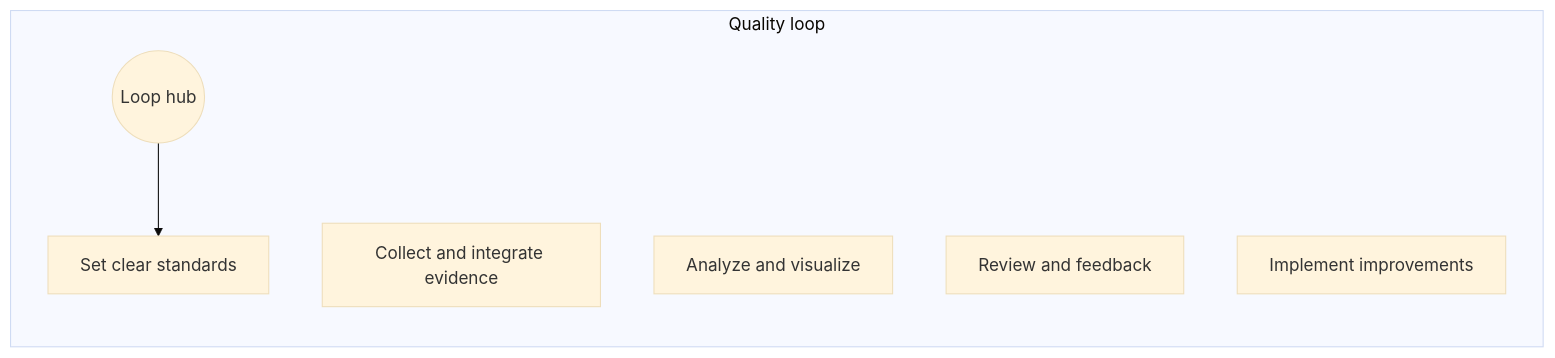
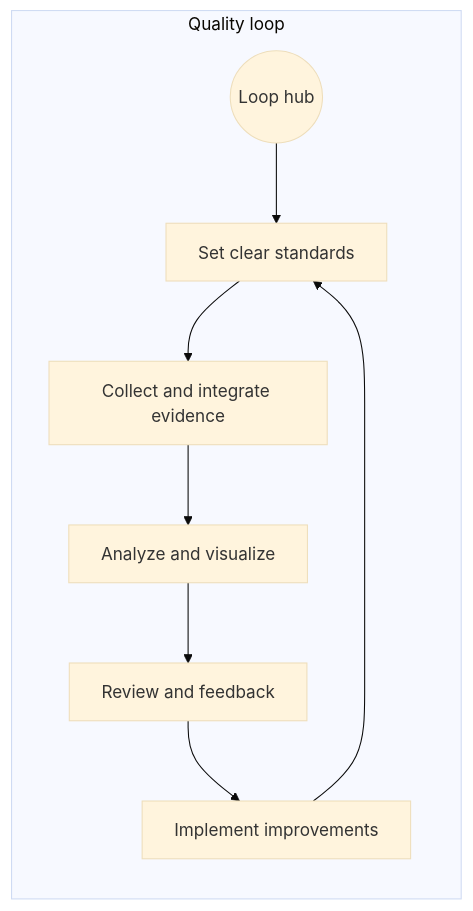
The diagram in index.md (arshah18/arshah18.github.io), drawn with Mermaid (base theme) before and after one commit.

Commit message:
Work flow test2; ensure Mermaid loads

```diff
--- a/index.md
+++ b/index.md
@@ -76,13 +76,14 @@
 <div class="mermaid">
 flowchart TD
   subgraph Q["Quality loop"]
     direction TB
     Q0((Loop hub))
     S[Set clear standards]
     C[Collect and integrate evidence]
     V[Analyze and visualize]
     R[Review and feedback]
     I[Implement improvements]
     Q0 --> S
+    S --> C --> V --> R --> I --> S
   end
 </div>
```
